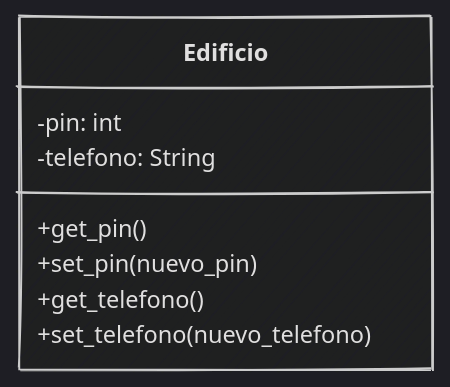
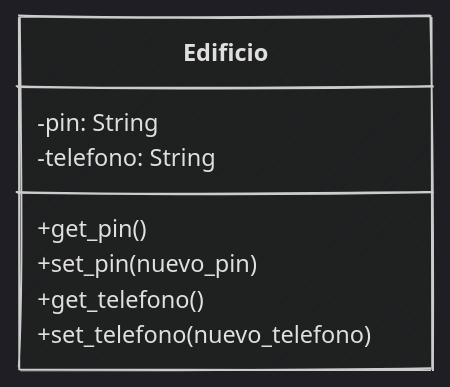
Before and after one commit to python-la-paz/python-study-group-oop: diagram 11 of 12 in content/sesion04/Readme.md, drawn with Mermaid. The commit also changed other lines of this file, not shown here.

Commit message:
Fix spelling error in "Encapsulamiento" and update pin data type from int to String in multiple sections

````diff
--- a/content/sesion04/Readme.md
+++ b/content/sesion04/Readme.md
@@ -1314,12 +1314,12 @@
 ```mermaid
 %%{init: {"theme": "dark", "look": "handDrawn" }}%%
 classDiagram
     class Edificio {
-        -pin: int
+        -pin: String
         -telefono: String
         +get_pin()
         +set_pin(nuevo_pin)
         +get_telefono()
         +set_telefono(nuevo_telefono)
     }
 ```
````
